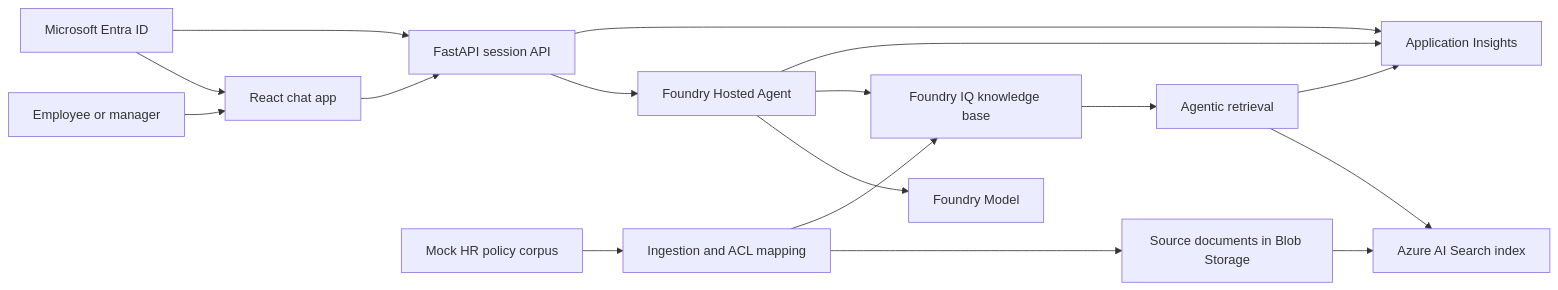
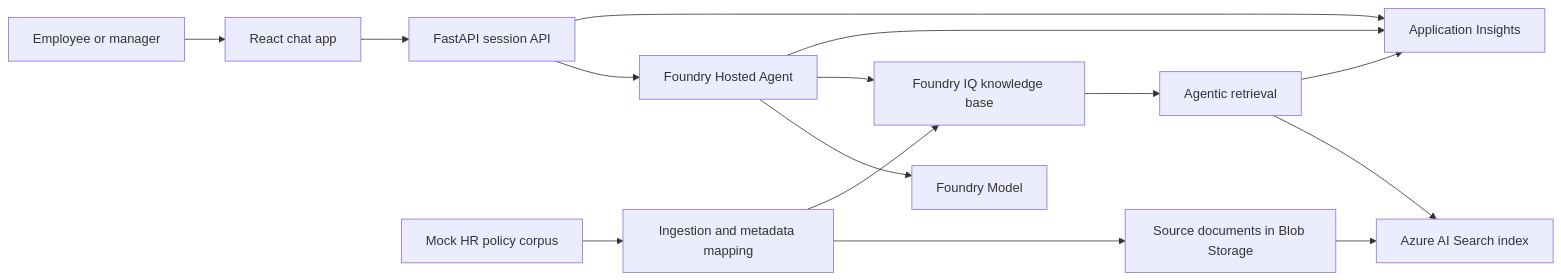
The diagram in playbooks/enterprise-knowledge-grounding/README.md (aiappsgbb/agentic-loop), drawn with Mermaid before and after one commit. The commit also changed other lines of this file and 1 other file, not shown here.

````diff
--- a/playbooks/enterprise-knowledge-grounding/README.md
+++ b/playbooks/enterprise-knowledge-grounding/README.md
@@ -21,19 +21,17 @@
 ```mermaid
 flowchart LR
   User[Employee or manager] --> App[React chat app]
   App --> API[FastAPI session API]
   API --> Agent[Foundry Hosted Agent]
   Agent --> Model[Foundry Model]
   Agent --> IQ[Foundry IQ knowledge base]
   IQ --> Retrieval[Agentic retrieval]
   Retrieval --> Search[Azure AI Search index]
-  Mock[Mock HR policy corpus] --> Ingest[Ingestion and ACL mapping]
+  Mock[Mock HR policy corpus] --> Ingest[Ingestion and metadata mapping]
   Ingest --> Blob[Source documents in Blob Storage]
   Ingest --> IQ
   Blob --> Search
-  Entra[Microsoft Entra ID] --> App
-  Entra --> API
   API --> Insights[Application Insights]
   Agent --> Insights
   Retrieval --> Insights
 ```
````
